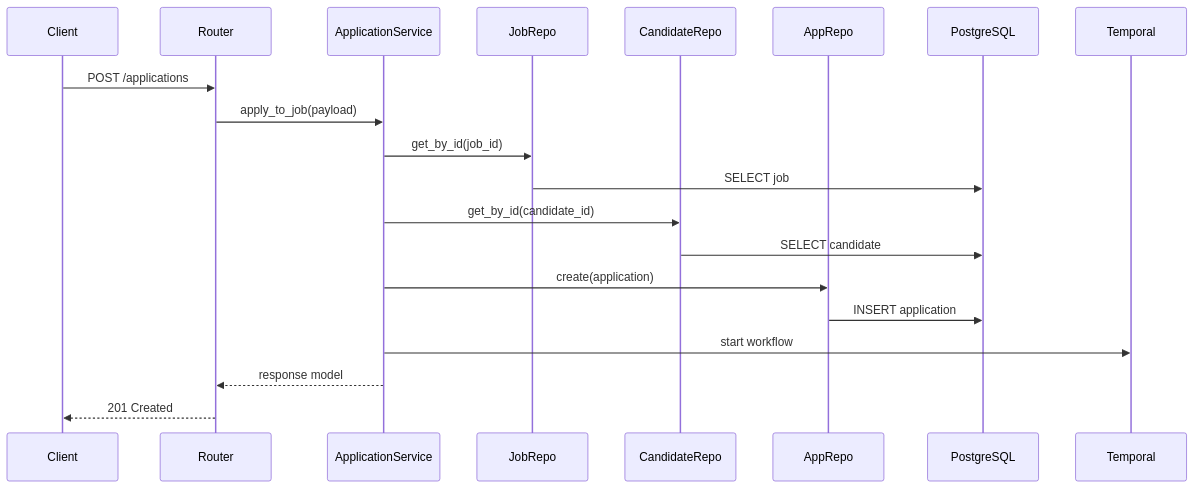
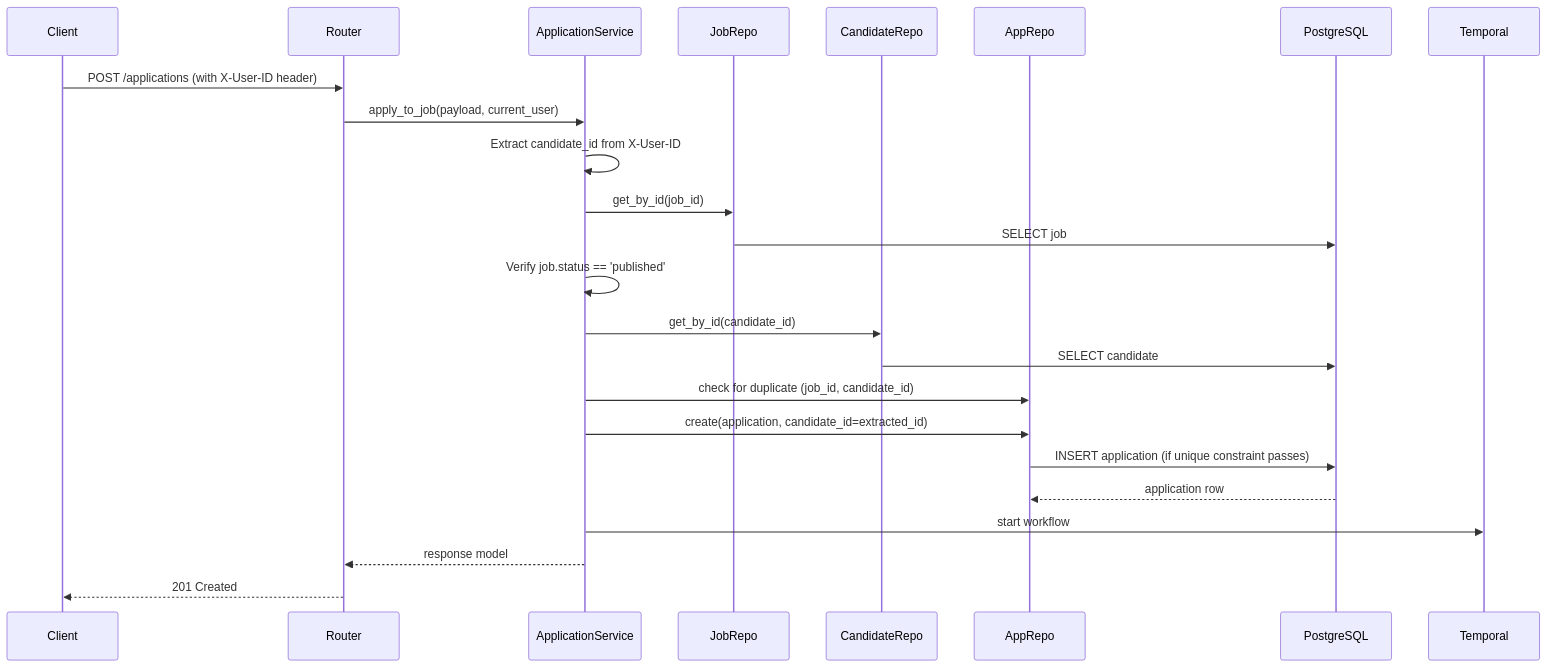
The third of 4 diagrams in docs/SERVICES.md (afnan-emumba/smart-hire), drawn with Mermaid before and after one commit. The commit also changed other lines of this file and 24 other files, not shown here.

````diff
--- a/docs/SERVICES.md
+++ b/docs/SERVICES.md
@@ -76,23 +80,27 @@
 ```mermaid
 sequenceDiagram
     participant Client
     participant Router
     participant Service as ApplicationService
     participant JobRepo
     participant CandidateRepo
     participant AppRepo
     participant DB as PostgreSQL
     participant Temporal
 
-    Client->>Router: POST /applications
-    Router->>Service: apply_to_job(payload)
+    Client->>Router: POST /applications (with X-User-ID header)
+    Router->>Service: apply_to_job(payload, current_user)
+    Service->>Service: Extract candidate_id from X-User-ID
     Service->>JobRepo: get_by_id(job_id)
     JobRepo->>DB: SELECT job
+    Service->>Service: Verify job.status == 'published'
     Service->>CandidateRepo: get_by_id(candidate_id)
     CandidateRepo->>DB: SELECT candidate
-    Service->>AppRepo: create(application)
-    AppRepo->>DB: INSERT application
+    Service->>AppRepo: check for duplicate (job_id, candidate_id)
+    Service->>AppRepo: create(application, candidate_id=extracted_id)
+    AppRepo->>DB: INSERT application (if unique constraint passes)
+    DB-->>AppRepo: application row
     Service->>Temporal: start workflow
     Service-->>Router: response model
     Router-->>Client: 201 Created
 ```
````
